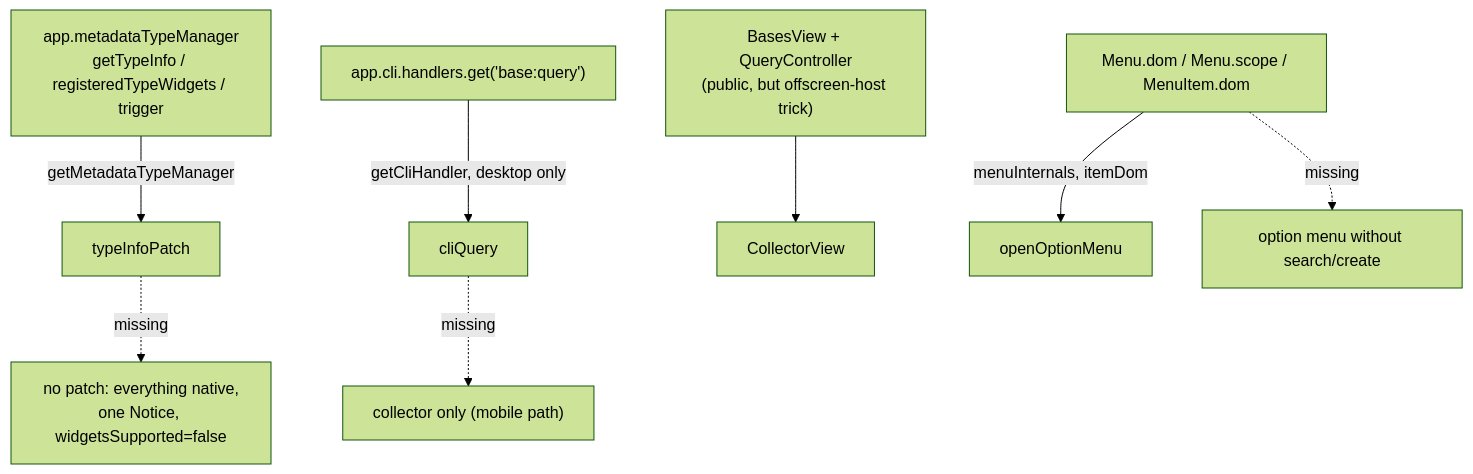
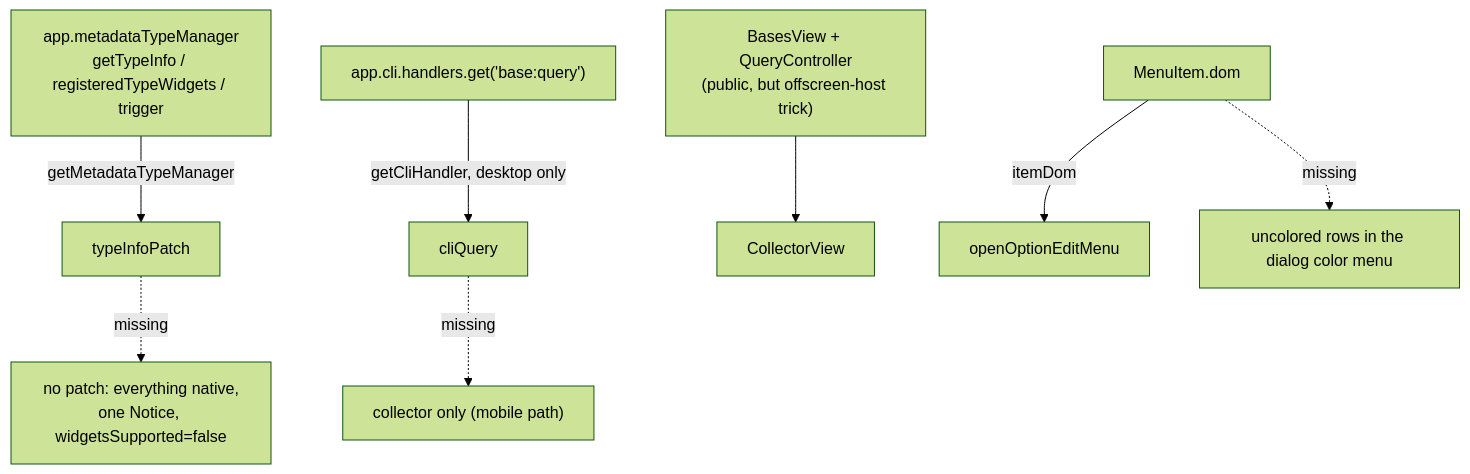
The diagram in wiki/architecture/obsidian-internals.md (Macavity/obsidian-improved-bases), drawn with Mermaid (forest theme) before and after one commit. The commit also changed other lines of this file and 10 other files, not shown here.

````diff
--- a/wiki/architecture/obsidian-internals.md
+++ b/wiki/architecture/obsidian-internals.md
@@ -17,10 +17,10 @@
 ```mermaid
 flowchart TD
   MTM["app.metadataTypeManager<br/>getTypeInfo / registeredTypeWidgets / trigger"] -->|getMetadataTypeManager| Patch[typeInfoPatch]
   CLI["app.cli.handlers.get('base:query')"] -->|getCliHandler, desktop only| CliQuery[cliQuery]
   BV["BasesView + QueryController<br/>(public, but offscreen-host trick)"] --> Collector[CollectorView]
-  Menu["Menu.dom / Menu.scope / MenuItem.dom"] -->|menuInternals, itemDom| Pickers[openOptionMenu]
+  Menu["MenuItem.dom"] -->|itemDom| Pickers[openOptionEditMenu]
   Patch -. missing .-> NativeAll["no patch: everything native,<br/>one Notice, widgetsSupported=false"]
   CliQuery -. missing .-> CollectorOnly["collector only (mobile path)"]
-  Menu -. missing .-> PlainMenu["option menu without search/create"]
+  Menu -. missing .-> PlainMenu["uncolored rows in the dialog color menu"]
 ```
````
